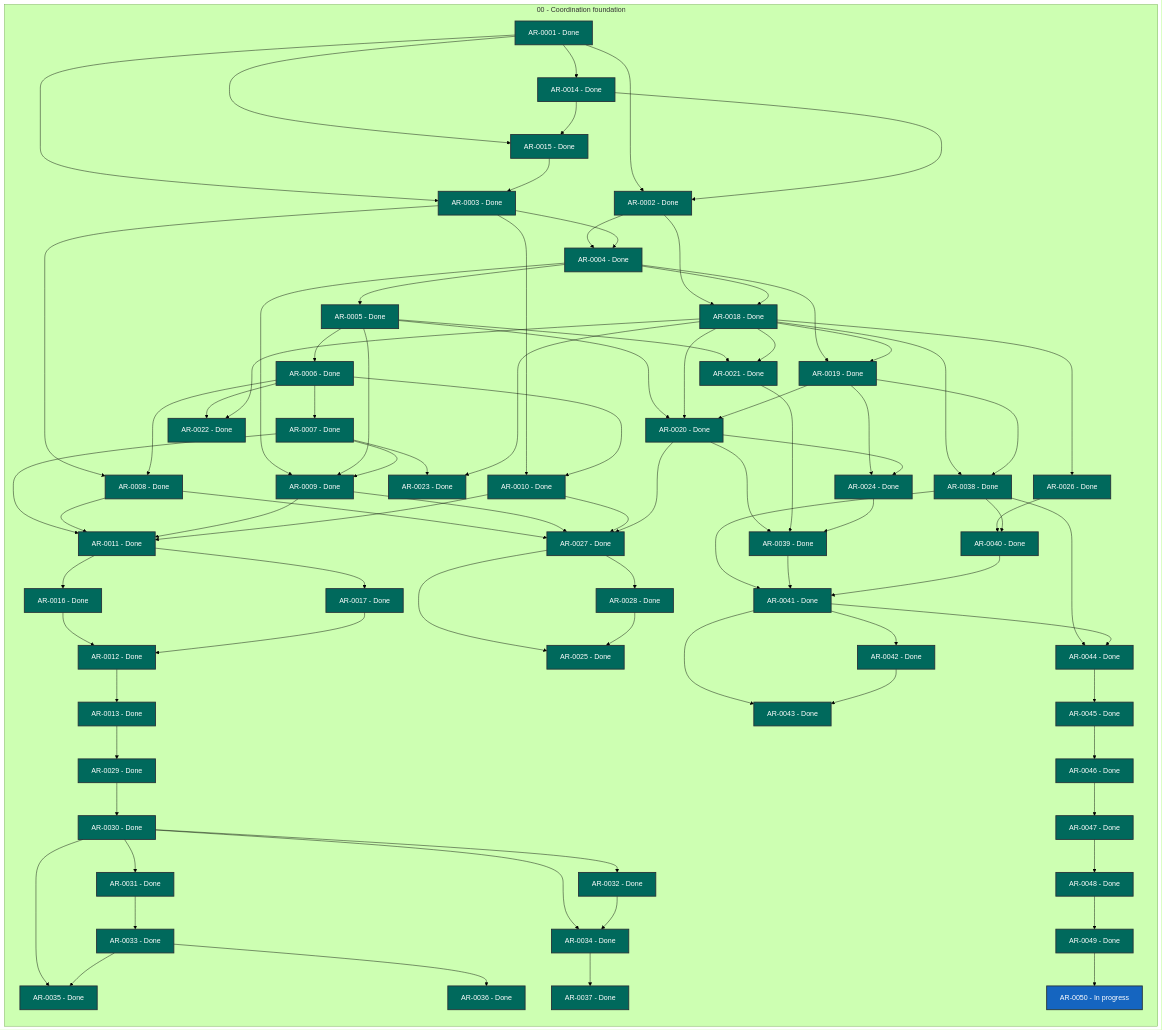
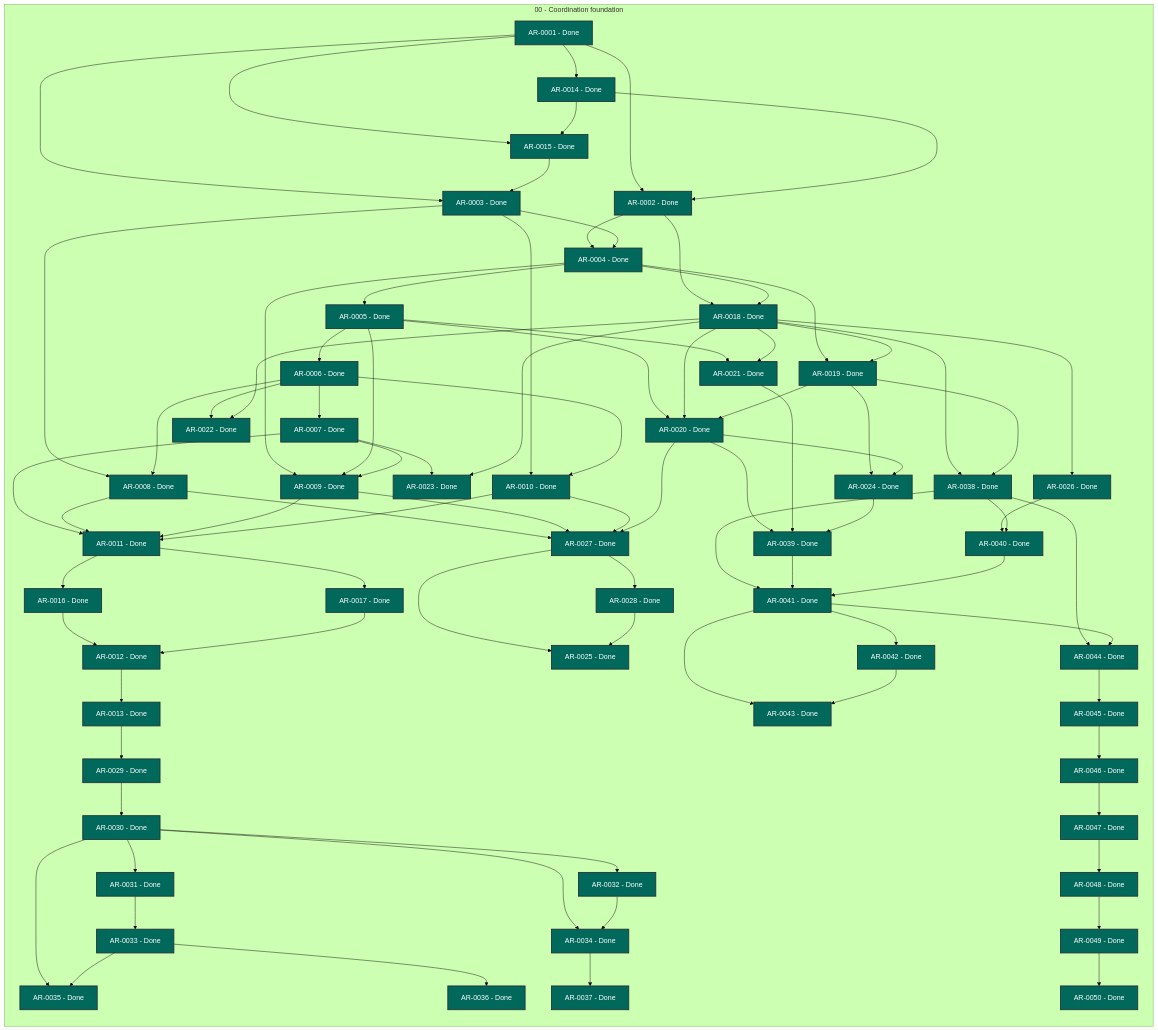
One commit to martin-beck/agent-workflow-tui-state changed the diagram in STATUS.md. Above: the diagram before and after it, drawn with Mermaid (forest theme). The commit also changed other lines of this file and 2 other files, not shown here.

```diff
--- a/STATUS.md
+++ b/STATUS.md
@@ -77,7 +77,7 @@
         AR_0047["AR-0047 - Done"]:::status_done
         AR_0048["AR-0048 - Done"]:::status_done
         AR_0049["AR-0049 - Done"]:::status_done
-        AR_0050["AR-0050 - In progress"]:::status_in_progress
+        AR_0050["AR-0050 - Done"]:::status_done
     end
     AR_0001 --> AR_0002
     AR_0001 --> AR_0003
```
